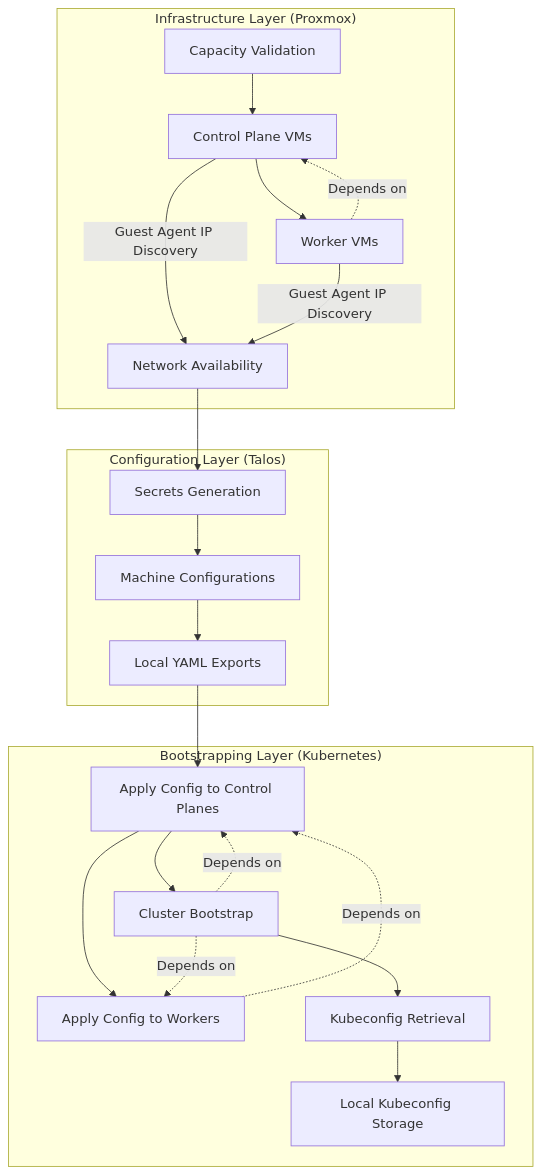
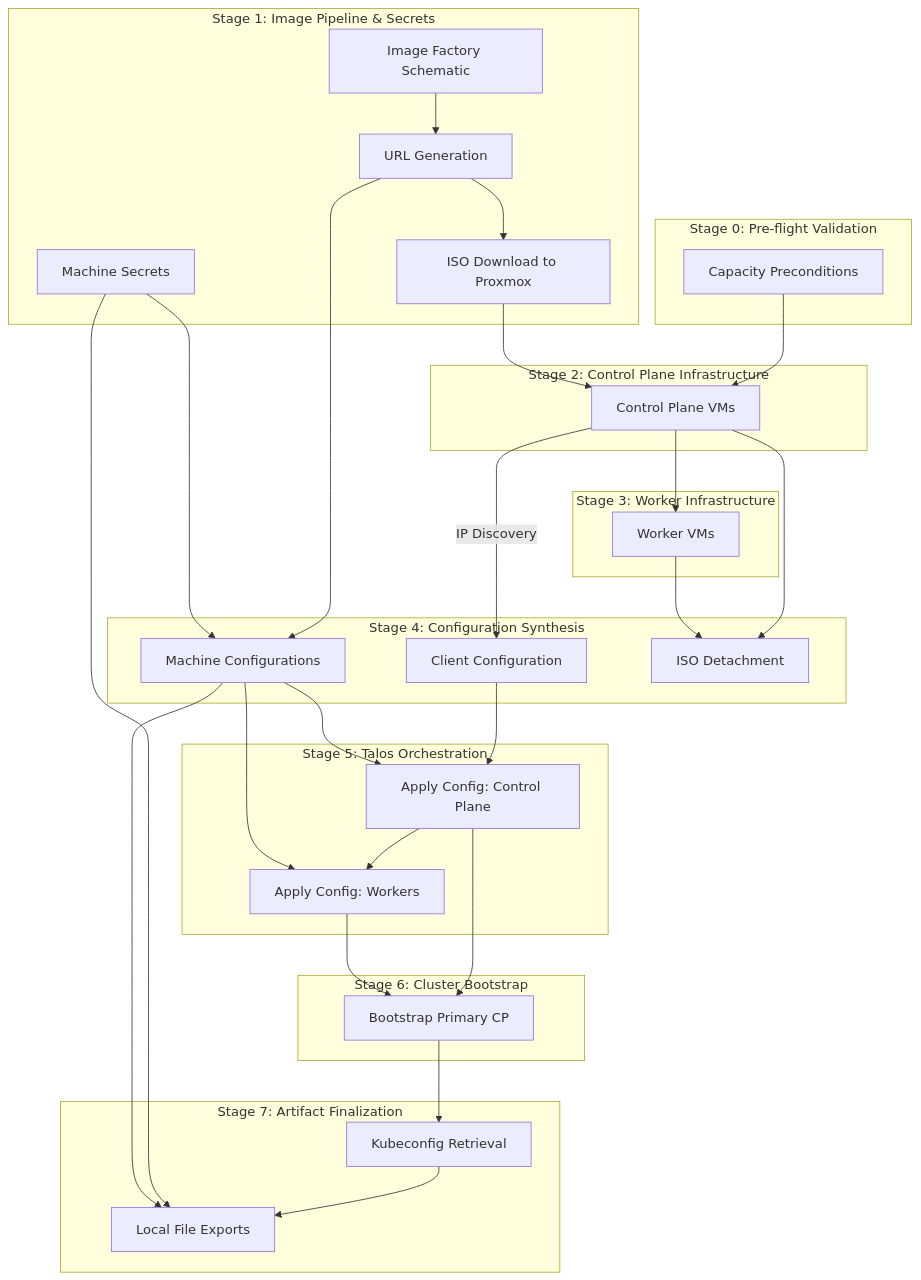
One commit to zozobalogh0817/terraform-talos-proxmox changed the diagram in README.md. Above: the diagram before and after it, drawn with Mermaid. The commit also changed other lines of this file and 9 other files, not shown here.

````diff
--- a/README.md
+++ b/README.md
@@ -37,28 +13,48 @@
 ```mermaid
 graph TD
-    subgraph "Infrastructure Layer (Proxmox)"
-        A[Capacity Validation] --> B[Control Plane VMs]
-        B --> C[Worker VMs]
-        B -- "Guest Agent IP Discovery" --> D[Network Availability]
-        C -- "Guest Agent IP Discovery" --> D
+    subgraph "Stage 0: Pre-flight Validation"
+        V1[Capacity Preconditions]
     end
 
-    subgraph "Configuration Layer (Talos)"
-        D --> E[Secrets Generation]
-        E --> F[Machine Configurations]
-        F --> G[Local YAML Exports]
+    subgraph "Stage 1: Image Pipeline & Secrets"
+        S1[Machine Secrets]
+        IF1[Image Factory Schematic] --> IF2[URL Generation]
+        IF2 --> ISO1[ISO Download to Proxmox]
     end
 
-    subgraph "Bootstrapping Layer (Kubernetes)"
-        G --> H[Apply Config to Control Planes]
-        H --> I[Apply Config to Workers]
-        H --> J[Cluster Bootstrap]
-        J --> K[Kubeconfig Retrieval]
-        K --> L[Local Kubeconfig Storage]
+    subgraph "Stage 2: Control Plane Infrastructure"
+        V1 --> CP1[Control Plane VMs]
+        ISO1 --> CP1
     end
 
-    C -.-> |Depends on| B
-    I -.-> |Depends on| H
-    J -.-> |Depends on| H
-    J -.-> |Depends on| I
+    subgraph "Stage 3: Worker Infrastructure"
+        CP1 --> WK1[Worker VMs]
+    end
+
+    subgraph "Stage 4: Configuration Synthesis"
+        CP1 -- "IP Discovery" --> C1[Client Configuration]
+        IF2 --> C2[Machine Configurations]
+        S1 --> C2
+        CP1 --> ID1[ISO Detachment]
+        WK1 --> ID1
+    end
+
+    subgraph "Stage 5: Talos Orchestration"
+        C1 --> TA1[Apply Config: Control Plane]
+        C2 --> TA1
+        TA1 --> TA2[Apply Config: Workers]
+        C2 --> TA2
+    end
+
+    subgraph "Stage 6: Cluster Bootstrap"
+        TA1 --> B1[Bootstrap Primary CP]
+        TA2 --> B1
+    end
+
+    subgraph "Stage 7: Artifact Finalization"
+        B1 --> K1[Kubeconfig Retrieval]
+        K1 --> L1[Local File Exports]
+        S1 --> L1
+        C2 --> L1
+    end
 ```
````
